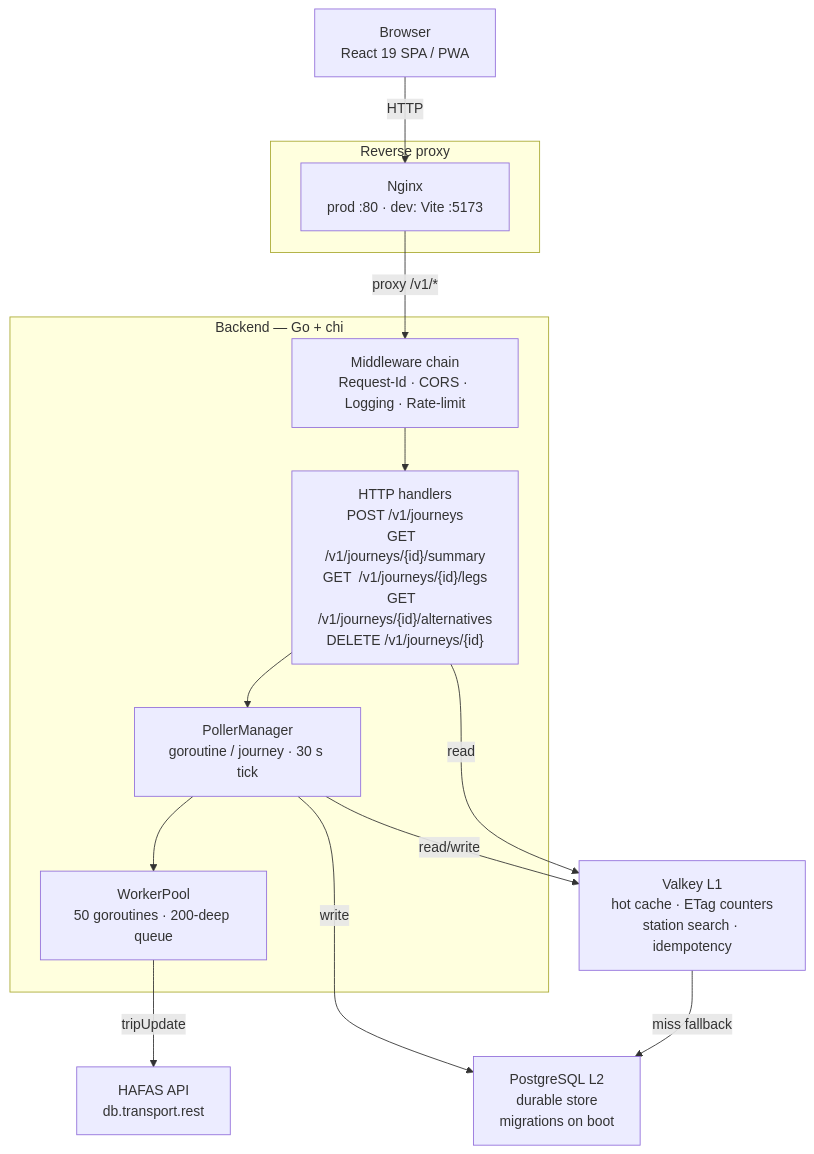
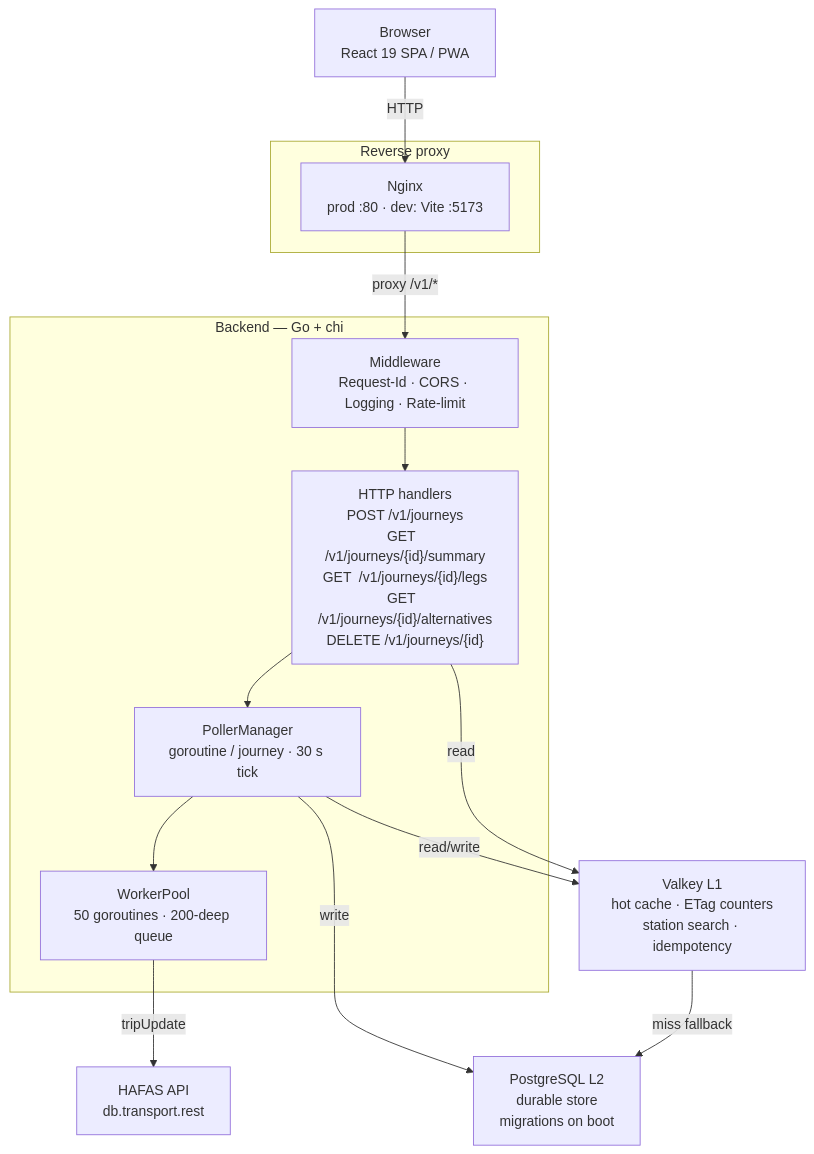
One commit to mgummich/train-delay-buddy changed the diagram in website/docs/architecture/overview.md. Above: the diagram before and after it, drawn with Mermaid. The commit also changed other lines of this file and 29 other files, not shown here.

````diff
--- a/website/docs/architecture/overview.md
+++ b/website/docs/architecture/overview.md
@@ -9,30 +9,30 @@
 ```mermaid
 graph TD
   Browser["Browser\nReact 19 SPA / PWA"]
 
   subgraph Proxy["Reverse proxy"]
     Nginx["Nginx\nprod :80  ·  dev: Vite :5173"]
   end
 
   subgraph BE["Backend — Go + chi"]
-    MW["Middleware chain\nRequest-Id · CORS · Logging · Rate-limit"]
+    MW["Middleware\nRequest-Id · CORS · Logging · Rate-limit"]
     Handlers["HTTP handlers\nPOST /v1/journeys\nGET  /v1/journeys/{id}/summary\nGET  /v1/journeys/{id}/legs\nGET  /v1/journeys/{id}/alternatives\nDELETE /v1/journeys/{id}"]
     Poller["PollerManager\ngoroutine / journey · 30 s tick"]
     Pool["WorkerPool\n50 goroutines · 200-deep queue"]
   end
 
   HAFAS["HAFAS API\ndb.transport.rest"]
   Valkey["Valkey L1\nhot cache · ETag counters\nstation search · idempotency"]
   Postgres["PostgreSQL L2\ndurable store\nmigrations on boot"]
 
   Browser -->|HTTP| Nginx
   Nginx   -->|proxy /v1/*| MW
   MW      --> Handlers
   Handlers --> Poller
   Poller  --> Pool
   Pool    -->|tripUpdate| HAFAS
   Poller  -->|read/write| Valkey
   Poller  -->|write| Postgres
   Handlers -->|read| Valkey
   Valkey  -->|miss fallback| Postgres
 ```
````
